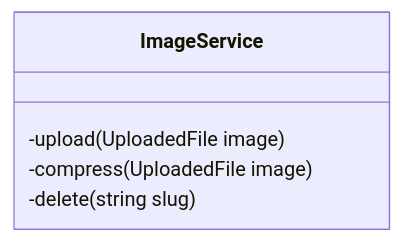
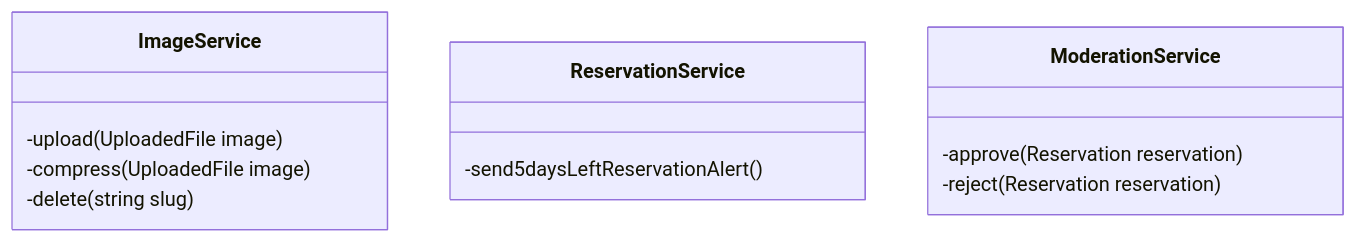
One commit to Conchero/ecf-back changed the third of 3 diagrams in prodDocs/ClassDiagram.md. Above: the diagram before and after it, drawn with Mermaid. The commit also changed other lines of this file, not shown here.

Commit message:
use case digrams and class diagrams (service start)

````diff
--- a/prodDocs/ClassDiagram.md
+++ b/prodDocs/ClassDiagram.md
@@ -114,11 +116,20 @@
 ```mermaid
 classDiagram
 
      class ImageService {
     -upload(UploadedFile image)
     -compress(UploadedFile image)
     -delete(string slug)
   }
 
+  class ReservationService {
+    -send5daysLeftReservationAlert()
+  }
+
+    class ModerationService {
+    -approve(Reservation reservation)
+    -reject(Reservation reservation)
+  }
+
 
 ```
````
